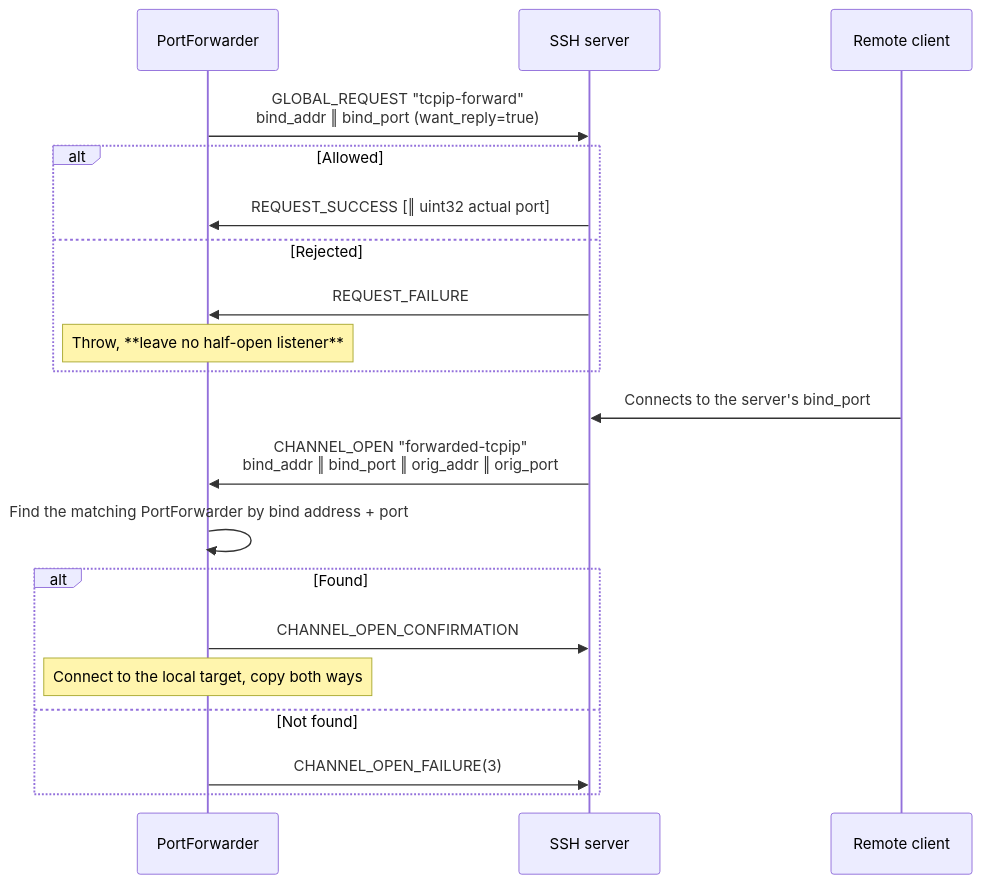
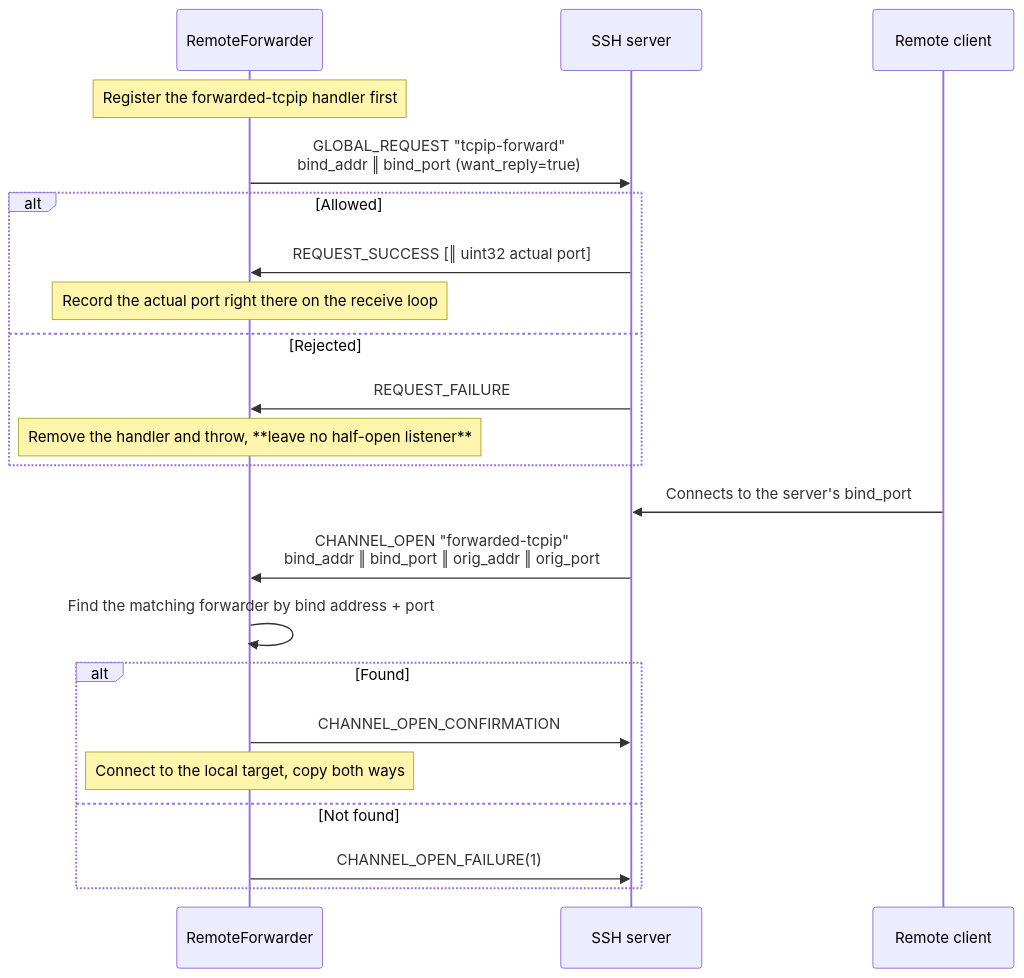
One commit to VelaShellLabs/velashell-docs changed the second of 2 diagrams in en/ssh/spec/07-forwarding.md. Above: the diagram before and after it, drawn with Mermaid. The commit also changed other lines of this file and 19 other files, not shown here.

````diff
--- a/en/ssh/spec/07-forwarding.md
+++ b/en/ssh/spec/07-forwarding.md
@@ -143,24 +193,26 @@
 ```mermaid
 sequenceDiagram
-    participant F as PortForwarder
+    participant F as RemoteForwarder
     participant S as SSH server
     participant R as Remote client
 
+    Note over F: Register the forwarded-tcpip handler first
     F->>S: GLOBAL_REQUEST "tcpip-forward"<br/>bind_addr ‖ bind_port (want_reply=true)
     alt Allowed
         S->>F: REQUEST_SUCCESS [‖ uint32 actual port]
+        Note over F: Record the actual port right there on the receive loop
     else Rejected
         S->>F: REQUEST_FAILURE
-        Note over F: Throw, **leave no half-open listener**
+        Note over F: Remove the handler and throw, **leave no half-open listener**
     end
 
     R->>S: Connects to the server's bind_port
     S->>F: CHANNEL_OPEN "forwarded-tcpip"<br/>bind_addr ‖ bind_port ‖ orig_addr ‖ orig_port
-    F->>F: Find the matching PortForwarder by bind address + port
+    F->>F: Find the matching forwarder by bind address + port
     alt Found
         F->>S: CHANNEL_OPEN_CONFIRMATION
         Note over F: Connect to the local target, copy both ways
     else Not found
-        F->>S: CHANNEL_OPEN_FAILURE(3)
+        F->>S: CHANNEL_OPEN_FAILURE(1)
     end
 ```
````
